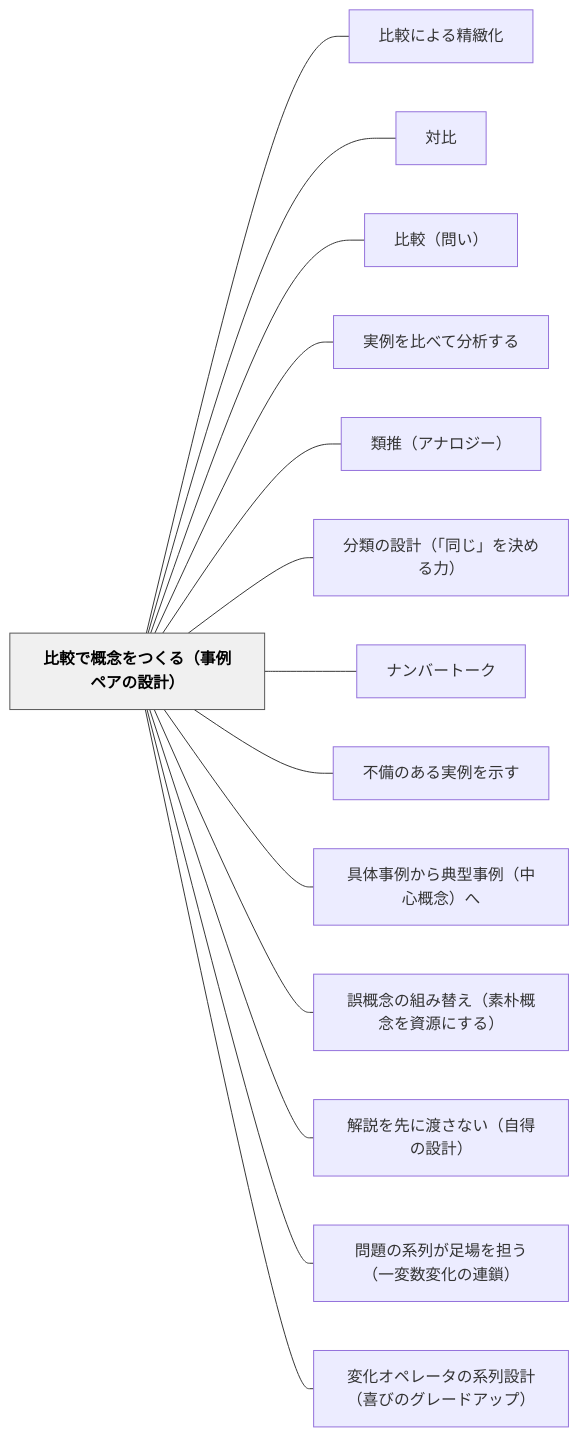
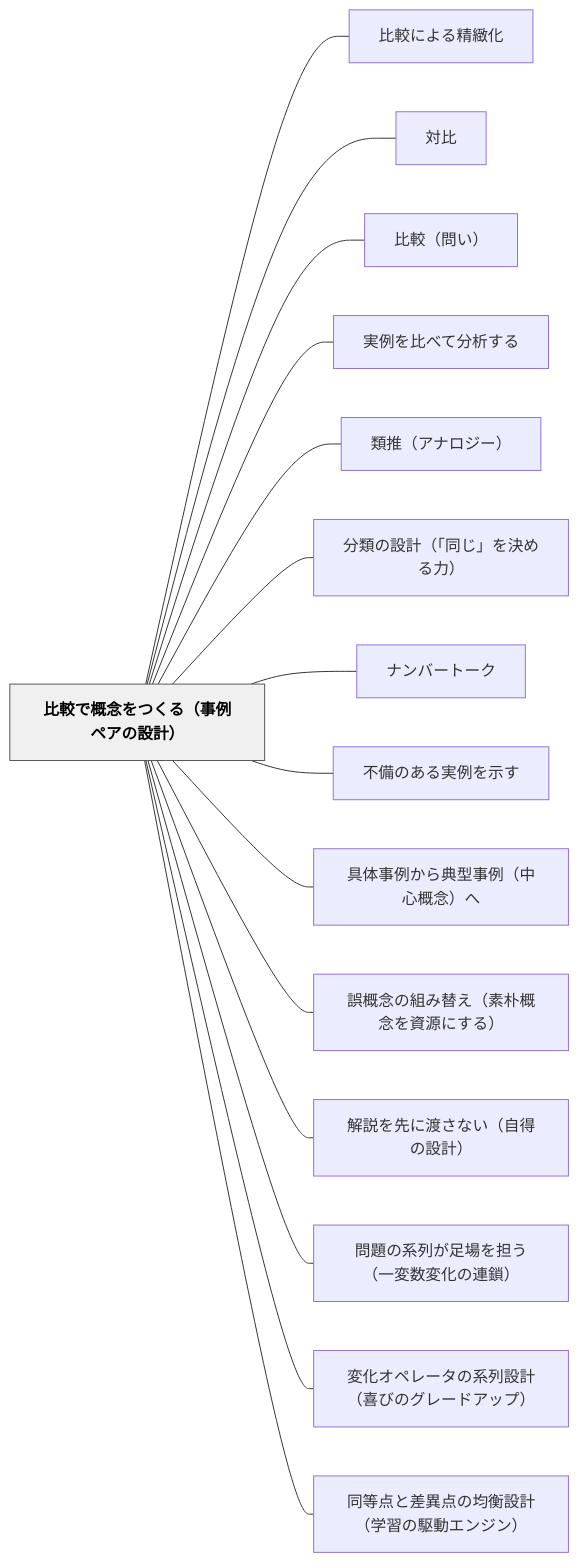
The diagram in content/パタン/比較で概念をつくる（事例ペアの設計）.md (unknownthings-ed-patterns/unknownthings-ed-patterns), drawn with Mermaid before and after one commit. The commit also changed other lines of this file and 3 other files, not shown here.

````diff
--- a/content/パタン/比較で概念をつくる（事例ペアの設計）.md
+++ b/content/パタン/比較で概念をつくる（事例ペアの設計）.md
@@ -147,34 +148,36 @@
 ```mermaid
 flowchart LR
     ne6af94e8bc83e381a7e6a682e5bfb5e38292e381a4e3818fe3828befbc88e4ba8be4be8be3839ae382a2e381aee8a8ade8a888efbc89["比較で概念をつくる（事例ペアの設計）"]
     ne6af94e8bc83e381abe38288e3828be7b2bee7b7bbe58c96["比較による精緻化"]
     ne5afbee6af94["対比"]
     ne6af94e8bc83efbc88e5958fe38184efbc89["比較（問い）"]
     ne5ae9fe4be8be38292e6af94e381b9e381a6e58886e69e90e38199e3828b["実例を比べて分析する"]
     ne9a19ee68ea8efbc88e382a2e3838ae383ade382b8e383bcefbc89["類推（アナロジー）"]
     ne58886e9a19ee381aee8a8ade8a888efbc88e3808ce5908ce38198e3808de38292e6b1bae38281e3828be58a9befbc89["分類の設計（「同じ」を決める力）"]
     ne3838ae383b3e38390e383bce38388e383bce382af["ナンバートーク"]
     ne4b88de58299e381aee38182e3828be5ae9fe4be8be38292e7a4bae38199["不備のある実例を示す"]
     ne585b7e4bd93e4ba8be4be8be3818be38289e585b8e59e8be4ba8be4be8befbc88e4b8ade5bf83e6a682e5bfb5efbc89e381b8["具体事例から典型事例（中心概念）へ"]
     ne8aaa4e6a682e5bfb5e381aee7b584e381bfe69bbfe38188efbc88e7b4a0e69cb4e6a682e5bfb5e38292e8b387e6ba90e381abe38199e3828befbc89["誤概念の組み替え（素朴概念を資源にする）"]
     ne8a7a3e8aaace38292e58588e381abe6b8a1e38195e381aae38184efbc88e887aae5be97e381aee8a8ade8a888efbc89["解説を先に渡さない（自得の設計）"]
     ne5958fe9a18ce381aee7b3bbe58897e3818ce8b6b3e5a0b4e38292e68b85e38186efbc88e4b880e5a489e695b0e5a489e58c96e381aee980a3e98e96efbc89["問題の系列が足場を担う（一変数変化の連鎖）"]
     ne5a489e58c96e382aae3839ae383ace383bce382bfe381aee7b3bbe58897e8a8ade8a888efbc88e5969ce381b3e381aee382b0e383ace383bce38389e382a2e38383e38397efbc89["変化オペレータの系列設計（喜びのグレードアップ）"]
+    ne5908ce7ad89e782b9e381a8e5b7aee795b0e782b9e381aee59d87e8a1a1e8a8ade8a888efbc88e5ada6e7bf92e381aee9a786e58b95e382a8e383b3e382b8e383b3efbc89["同等点と差異点の均衡設計（学習の駆動エンジン）"]
 
     ne6af94e8bc83e381a7e6a682e5bfb5e38292e381a4e3818fe3828befbc88e4ba8be4be8be3839ae382a2e381aee8a8ade8a888efbc89 --- ne6af94e8bc83e381abe38288e3828be7b2bee7b7bbe58c96
     ne6af94e8bc83e381a7e6a682e5bfb5e38292e381a4e3818fe3828befbc88e4ba8be4be8be3839ae382a2e381aee8a8ade8a888efbc89 --- ne5afbee6af94
     ne6af94e8bc83e381a7e6a682e5bfb5e38292e381a4e3818fe3828befbc88e4ba8be4be8be3839ae382a2e381aee8a8ade8a888efbc89 --- ne6af94e8bc83efbc88e5958fe38184efbc89
     ne6af94e8bc83e381a7e6a682e5bfb5e38292e381a4e3818fe3828befbc88e4ba8be4be8be3839ae382a2e381aee8a8ade8a888efbc89 --- ne5ae9fe4be8be38292e6af94e381b9e381a6e58886e69e90e38199e3828b
     ne6af94e8bc83e381a7e6a682e5bfb5e38292e381a4e3818fe3828befbc88e4ba8be4be8be3839ae382a2e381aee8a8ade8a888efbc89 --- ne9a19ee68ea8efbc88e382a2e3838ae383ade382b8e383bcefbc89
     ne6af94e8bc83e381a7e6a682e5bfb5e38292e381a4e3818fe3828befbc88e4ba8be4be8be3839ae382a2e381aee8a8ade8a888efbc89 --- ne58886e9a19ee381aee8a8ade8a888efbc88e3808ce5908ce38198e3808de38292e6b1bae38281e3828be58a9befbc89
     ne6af94e8bc83e381a7e6a682e5bfb5e38292e381a4e3818fe3828befbc88e4ba8be4be8be3839ae382a2e381aee8a8ade8a888efbc89 --- ne3838ae383b3e38390e383bce38388e383bce382af
     ne6af94e8bc83e381a7e6a682e5bfb5e38292e381a4e3818fe3828befbc88e4ba8be4be8be3839ae382a2e381aee8a8ade8a888efbc89 --- ne4b88de58299e381aee38182e3828be5ae9fe4be8be38292e7a4bae38199
     ne6af94e8bc83e381a7e6a682e5bfb5e38292e381a4e3818fe3828befbc88e4ba8be4be8be3839ae382a2e381aee8a8ade8a888efbc89 --- ne585b7e4bd93e4ba8be4be8be3818be38289e585b8e59e8be4ba8be4be8befbc88e4b8ade5bf83e6a682e5bfb5efbc89e381b8
     ne6af94e8bc83e381a7e6a682e5bfb5e38292e381a4e3818fe3828befbc88e4ba8be4be8be3839ae382a2e381aee8a8ade8a888efbc89 --- ne8aaa4e6a682e5bfb5e381aee7b584e381bfe69bbfe38188efbc88e7b4a0e69cb4e6a682e5bfb5e38292e8b387e6ba90e381abe38199e3828befbc89
     ne6af94e8bc83e381a7e6a682e5bfb5e38292e381a4e3818fe3828befbc88e4ba8be4be8be3839ae382a2e381aee8a8ade8a888efbc89 --- ne8a7a3e8aaace38292e58588e381abe6b8a1e38195e381aae38184efbc88e887aae5be97e381aee8a8ade8a888efbc89
     ne6af94e8bc83e381a7e6a682e5bfb5e38292e381a4e3818fe3828befbc88e4ba8be4be8be3839ae382a2e381aee8a8ade8a888efbc89 --- ne5958fe9a18ce381aee7b3bbe58897e3818ce8b6b3e5a0b4e38292e68b85e38186efbc88e4b880e5a489e695b0e5a489e58c96e381aee980a3e98e96efbc89
     ne6af94e8bc83e381a7e6a682e5bfb5e38292e381a4e3818fe3828befbc88e4ba8be4be8be3839ae382a2e381aee8a8ade8a888efbc89 --- ne5a489e58c96e382aae3839ae383ace383bce382bfe381aee7b3bbe58897e8a8ade8a888efbc88e5969ce381b3e381aee382b0e383ace383bce38389e382a2e38383e38397efbc89
+    ne6af94e8bc83e381a7e6a682e5bfb5e38292e381a4e3818fe3828befbc88e4ba8be4be8be3839ae382a2e381aee8a8ade8a888efbc89 --- ne5908ce7ad89e782b9e381a8e5b7aee795b0e782b9e381aee59d87e8a1a1e8a8ade8a888efbc88e5ada6e7bf92e381aee9a786e58b95e382a8e383b3e382b8e383b3efbc89
 
     classDef hub fill:#f0f0f0,stroke:#555,color:#000,font-weight:bold
     class ne6af94e8bc83e381a7e6a682e5bfb5e38292e381a4e3818fe3828befbc88e4ba8be4be8be3839ae382a2e381aee8a8ade8a888efbc89 hub
 ```
````
